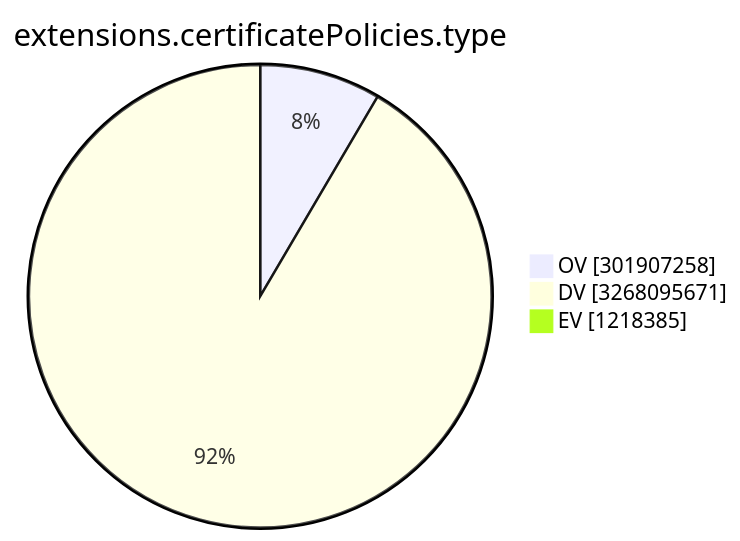
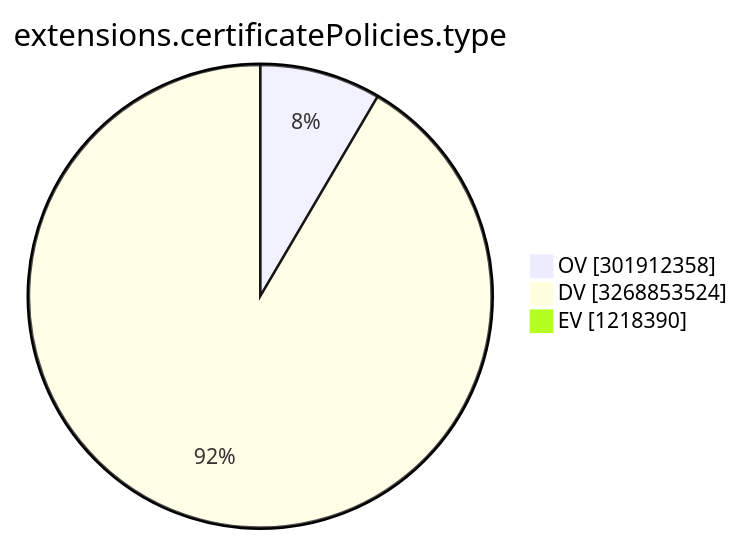
Before and after one commit to christiankrug/ctmonitor_visualization: the ninth of 15 diagrams in TOTAL/README.md, drawn with Mermaid. The commit also changed other lines of this file, not shown here.

````diff
--- a/TOTAL/README.md
+++ b/TOTAL/README.md
@@ -3107,7 +3107,7 @@
 ```mermaid
 pie showData
 title extensions.certificatePolicies.type
-"OV" :301907258
-"DV" :3268095671
-"EV" :1218385
+"OV" :301912358
+"DV" :3268853524
+"EV" :1218390
 ```
````
